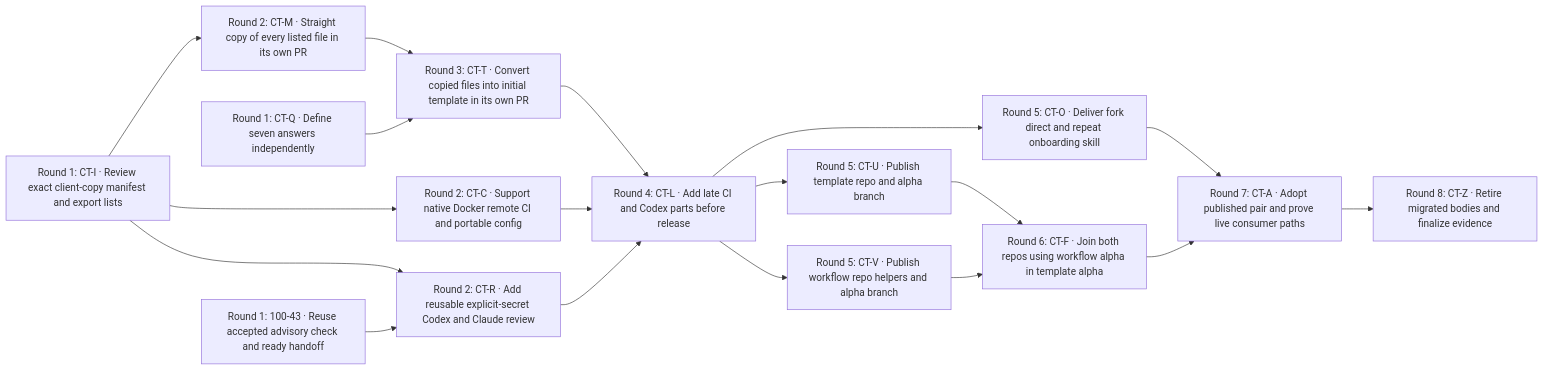
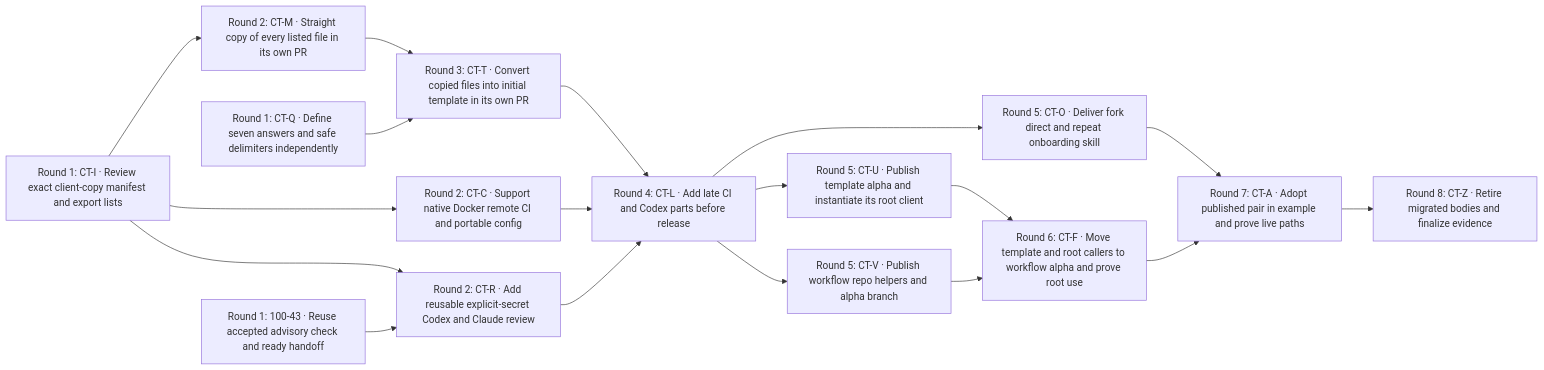
Before and after one commit to 1000lines/symphony-example: the diagram in docs/symphony-plans/fan-out-plan-100-39-client-template.md, drawn with Mermaid. The commit also changed other lines of this file and 4 other files, not shown here.

Commit message:
[100-39]: Plan template repository self-use and fixed delimiters

````diff
--- a/docs/symphony-plans/fan-out-plan-100-39-client-template.md
+++ b/docs/symphony-plans/fan-out-plan-100-39-client-template.md
@@ -153,35 +170,35 @@
 ```mermaid
 %% symphony-dag/v1
 flowchart LR
   I["Round 1: CT-I · Review exact client-copy manifest and export lists"]
-  Q["Round 1: CT-Q · Define seven answers independently"]
+  Q["Round 1: CT-Q · Define seven answers and safe delimiters independently"]
   CHECK["Round 1: 100-43 · Reuse accepted advisory check and ready handoff"]
   M["Round 2: CT-M · Straight copy of every listed file in its own PR"]
   C["Round 2: CT-C · Support native Docker remote CI and portable config"]
   R["Round 2: CT-R · Add reusable explicit-secret Codex and Claude review"]
   T["Round 3: CT-T · Convert copied files into initial template in its own PR"]
   L["Round 4: CT-L · Add late CI and Codex parts before release"]
   O["Round 5: CT-O · Deliver fork direct and repeat onboarding skill"]
-  U["Round 5: CT-U · Publish template repo and alpha branch"]
+  U["Round 5: CT-U · Publish template alpha and instantiate its root client"]
   V["Round 5: CT-V · Publish workflow repo helpers and alpha branch"]
-  F["Round 6: CT-F · Join both repos using workflow alpha in template alpha"]
-  A["Round 7: CT-A · Adopt published pair and prove live consumer paths"]
+  F["Round 6: CT-F · Move template and root callers to workflow alpha and prove root use"]
+  A["Round 7: CT-A · Adopt published pair in example and prove live paths"]
   Z["Round 8: CT-Z · Retire migrated bodies and finalize evidence"]
   I --> M
   I --> C
   I --> R
   CHECK --> R
   M --> T
   Q --> T
   T --> L
   C --> L
   R --> L
   L --> O
   L --> U
   L --> V
   U --> F
   V --> F
   O --> A
   F --> A
   A --> Z
 ```
````
